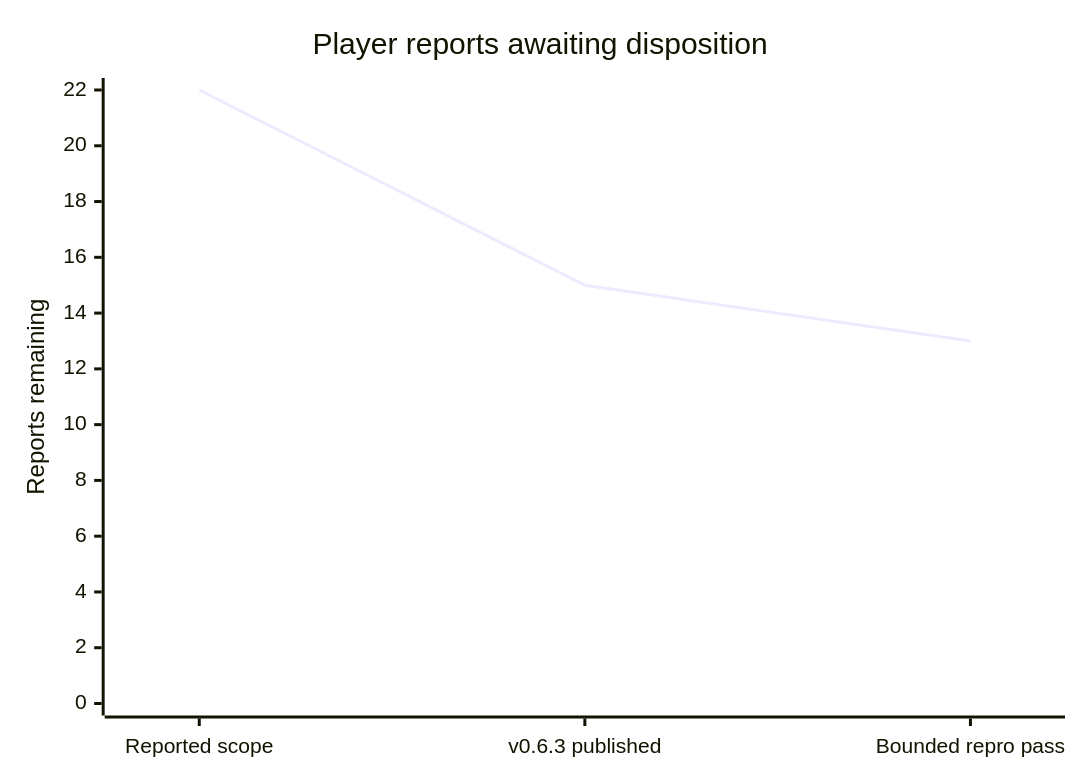
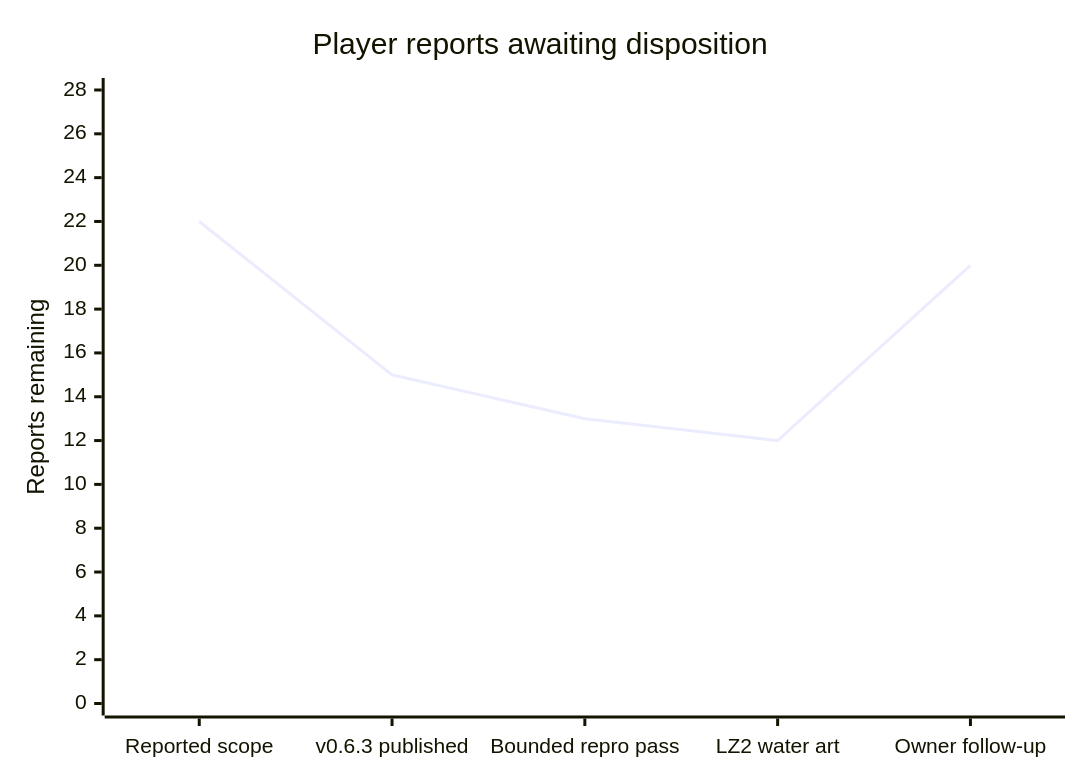
One commit to mstan/Sonic3AndKnucklesRecomp changed the diagram in docs/PLAYER_FEEDBACK_BURNDOWN.md. Above: the diagram before and after it, drawn with Mermaid. The commit also changed other lines of this file, not shown here.

Commit message:
Track owner follow-up evidence and reopen incomplete presentation fixes

````diff
--- a/docs/PLAYER_FEEDBACK_BURNDOWN.md
+++ b/docs/PLAYER_FEEDBACK_BURNDOWN.md
@@ -9,7 +9,7 @@
 ```mermaid
 xychart-beta
     title "Player reports awaiting disposition"
-    x-axis ["Reported scope", "v0.6.3 published", "Bounded repro pass"]
-    y-axis "Reports remaining" 0 --> 22
-    line [22, 15, 13]
+    x-axis ["Reported scope", "v0.6.3 published", "Bounded repro pass", "LZ2 water art", "Owner follow-up"]
+    y-axis "Reports remaining" 0 --> 28
+    line [22, 15, 13, 12, 20]
 ```
````
